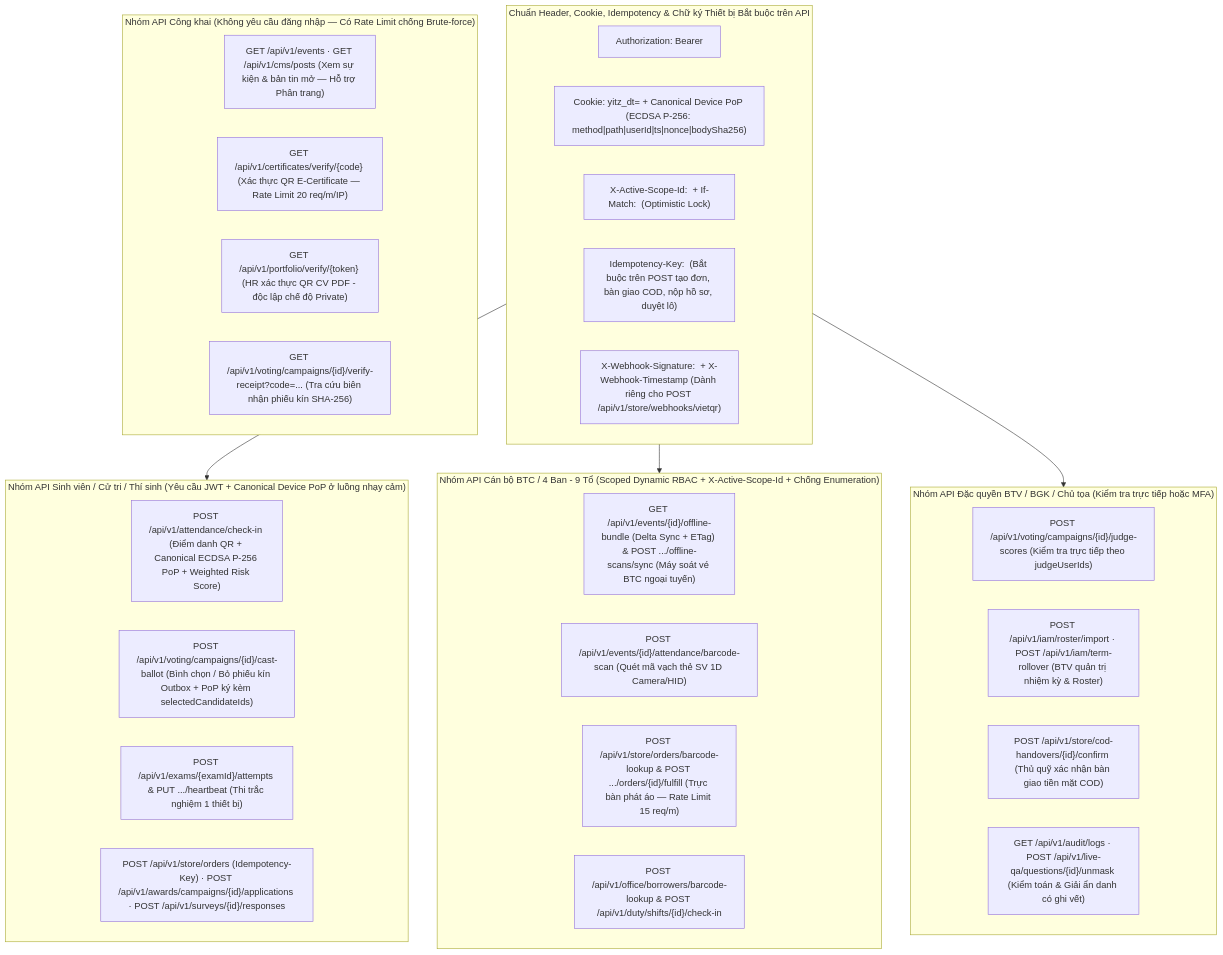
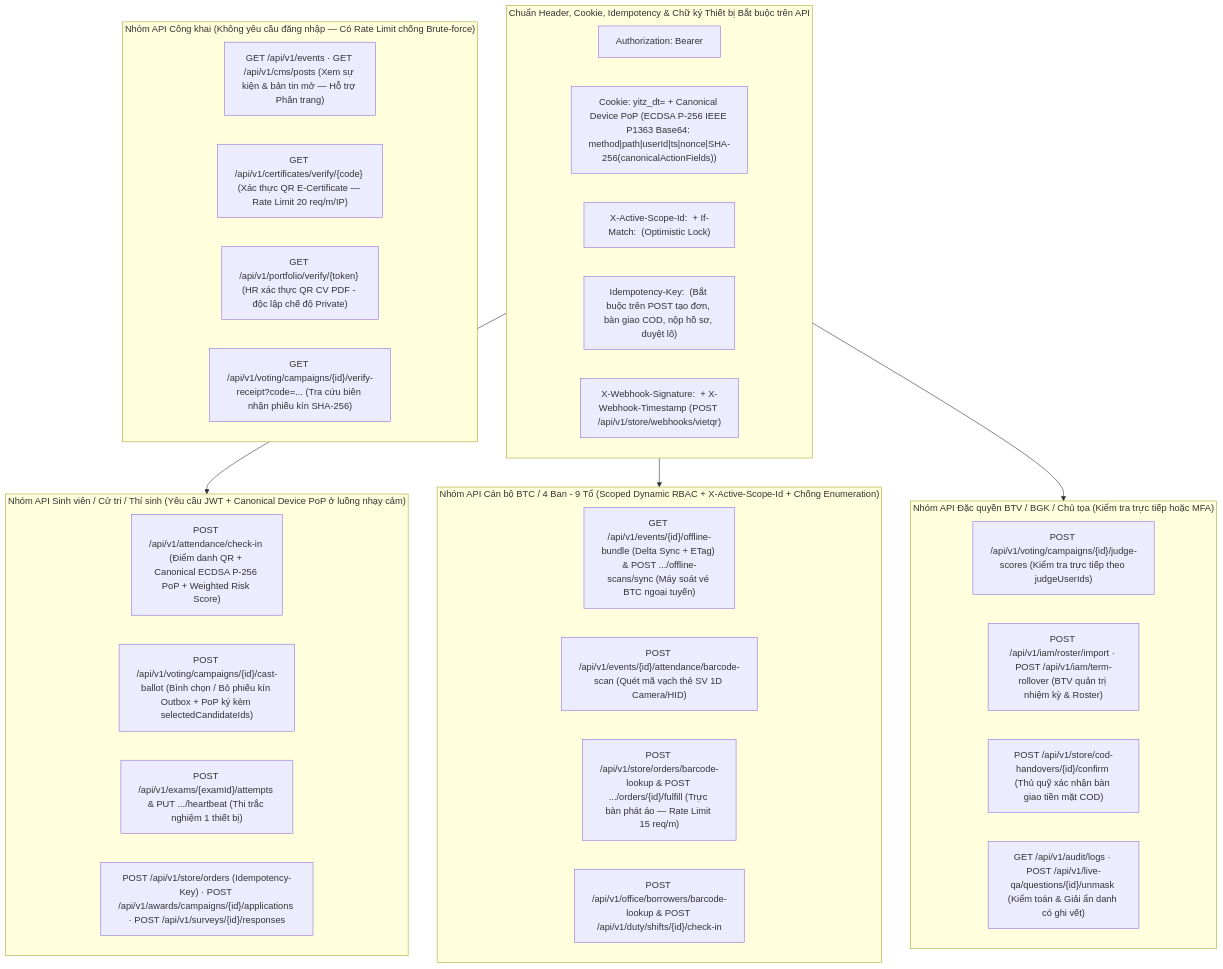
One commit to tuong149/YITZone changed the second of 2 diagrams in document/API_Overview_YITZone.md. Above: the diagram before and after it, drawn with Mermaid. The commit also changed other lines of this file and 51 other files, not shown here.

````diff
--- a/document/API_Overview_YITZone.md
+++ b/document/API_Overview_YITZone.md
@@ -83,40 +83,40 @@
 ```mermaid
 flowchart TB
     subgraph RequestSecurity["Chuẩn Header, Cookie, Idempotency & Chữ ký Thiết bị Bắt buộc trên API"]
-        H1["Authorization: Bearer <JWT Access Token (chứa permVer)>"]
-        H2["Cookie: yitz_dt=<HttpOnly Device Token> + Canonical Device PoP (ECDSA P-256: method|path|userId|ts|nonce|bodySha256)"]
+        H1["Authorization: Bearer <JWT Access Token (chứa permVer & scopes)>"]
+        H2["Cookie: yitz_dt=<HttpOnly Device Token> + Canonical Device PoP (ECDSA P-256 IEEE P1363 Base64: method|path|userId|ts|nonce|SHA-256(canonicalActionFields))"]
         H3["X-Active-Scope-Id: <unitId | eventId | campaignId | FACULTY> + If-Match: <version> (Optimistic Lock)"]
         H4["Idempotency-Key: <UUIDv4> (Bắt buộc trên POST tạo đơn, bàn giao COD, nộp hồ sơ, duyệt lô)"]
-        H5["X-Webhook-Signature: <HMAC-SHA256> + X-Webhook-Timestamp (Dành riêng cho POST /api/v1/store/webhooks/vietqr)"]
+        H5["X-Webhook-Signature: <HMAC-SHA256 hex trên '{timestamp}.' + rawBody> + X-Webhook-Timestamp (POST /api/v1/store/webhooks/vietqr)"]
     end
 
     subgraph PublicEndpoints["Nhóm API Công khai (Không yêu cầu đăng nhập — Có Rate Limit chống Brute-force)"]
         P1["GET /api/v1/events · GET /api/v1/cms/posts (Xem sự kiện & bản tin mở — Hỗ trợ Phân trang)"]
         P2["GET /api/v1/certificates/verify/{code} (Xác thực QR E-Certificate — Rate Limit 20 req/m/IP)"]
         P3["GET /api/v1/portfolio/verify/{token} (HR xác thực QR CV PDF - độc lập chế độ Private)"]
         P4["GET /api/v1/voting/campaigns/{id}/verify-receipt?code=... (Tra cứu biên nhận phiếu kín SHA-256)"]
     end
 
     subgraph StudentEndpoints["Nhóm API Sinh viên / Cử tri / Thí sinh (Yêu cầu JWT + Canonical Device PoP ở luồng nhạy cảm)"]
         S1["POST /api/v1/attendance/check-in (Điểm danh QR + Canonical ECDSA P-256 PoP + Weighted Risk Score)"]
         S2["POST /api/v1/voting/campaigns/{id}/cast-ballot (Bình chọn / Bỏ phiếu kín Outbox + PoP ký kèm selectedCandidateIds)"]
         S3["POST /api/v1/exams/{examId}/attempts & PUT .../heartbeat (Thi trắc nghiệm 1 thiết bị)"]
         S4["POST /api/v1/store/orders (Idempotency-Key) · POST /api/v1/awards/campaigns/{id}/applications · POST /api/v1/surveys/{id}/responses"]
     end
 
     subgraph StaffScopedEndpoints["Nhóm API Cán bộ BTC / 4 Ban - 9 Tổ (Scoped Dynamic RBAC + X-Active-Scope-Id + Chống Enumeration)"]
         C1["GET /api/v1/events/{id}/offline-bundle (Delta Sync + ETag) & POST .../offline-scans/sync (Máy soát vé BTC ngoại tuyến)"]
         C2["POST /api/v1/events/{id}/attendance/barcode-scan (Quét mã vạch thẻ SV 1D Camera/HID)"]
         C3["POST /api/v1/store/orders/barcode-lookup & POST .../orders/{id}/fulfill (Trực bàn phát áo — Rate Limit 15 req/m)"]
         C4["POST /api/v1/office/borrowers/barcode-lookup & POST /api/v1/duty/shifts/{id}/check-in"]
     end
 
     subgraph HighPrivilegeEndpoints["Nhóm API Đặc quyền BTV / BGK / Chủ tọa (Kiểm tra trực tiếp hoặc MFA)"]
         L1["POST /api/v1/voting/campaigns/{id}/judge-scores (Kiểm tra trực tiếp theo judgeUserIds)"]
         L2["POST /api/v1/iam/roster/import · POST /api/v1/iam/term-rollover (BTV quản trị nhiệm kỳ & Roster)"]
         L3["POST /api/v1/store/cod-handovers/{id}/confirm (Thủ quỹ xác nhận bàn giao tiền mặt COD)"]
         L4["GET /api/v1/audit/logs · POST /api/v1/live-qa/questions/{id}/unmask (Kiểm toán & Giải ẩn danh có ghi vết)"]
     end
 
     RequestSecurity --> StudentEndpoints & StaffScopedEndpoints & HighPrivilegeEndpoints
 ```
````
